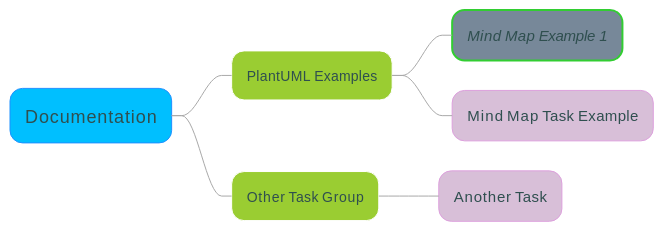
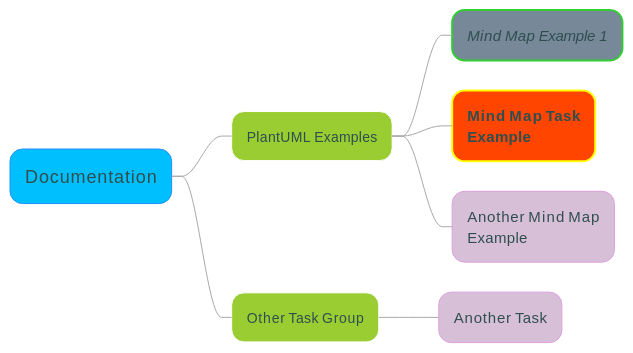
One commit to mattjhayes/PlantUML-Examples changed the fifth of 5 diagrams in docs/Diagram-Types/diagram-types.md. Above: the diagram before and after it, drawn with PlantUML. The commit also changed other lines of this file and 1 other file, not shown here.

Commit message:
Updated task mind map

````diff
--- a/docs/Diagram-Types/diagram-types.md
+++ b/docs/Diagram-Types/diagram-types.md
@@ -196,49 +196,56 @@
 ```plantuml
 @startmindmap
 skinparam ArrowColor DarkGrey
 <style>
 mindmapDiagram {
   node {
     Padding 15
     Margin 15
     BackGroundColor YellowGreen
     FontColor DarkSlateGrey
     LineColor white
     LineThickness 1.0
     MaximumWidth 180
   }
   rootNode {
     Padding 15
     Margin 15
     BackGroundColor DeepSkyBlue
     FontColor DarkSlateGrey
     FontSize 18
     LineColor DodgerBlue
     LineThickness 1.0
   }
   leafNode {
     Padding 15
     Margin 15
     BackGroundColor Thistle
     FontColor DarkSlateGrey
     FontSize 15
     LineColor Plum
     LineThickness 1.0
   }
   .completed {
     BackgroundColor lightslategrey
     LineColor limegreen
     FontStyle italic
     LineThickness 2.0
   }
+  .urgent {
+    BackgroundColor orangered
+    LineColor yellow
+    FontStyle bold
+    LineThickness 2.0
+  }
 }
 </style>
 * Documentation
 ** PlantUML Examples
 *** Mind Map Example 1 <<completed>>
-*** Mind Map Task Example
+*** Mind Map Task Example <<urgent>>
+*** Another Mind Map Example
 ** Other Task Group
 *** Another Task
 
 @endmindmap
 ```
````
